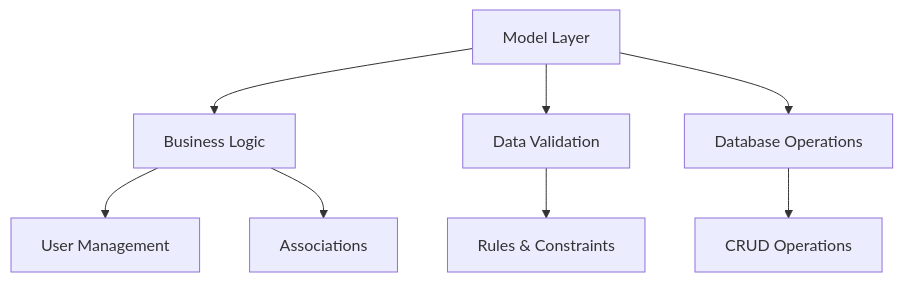
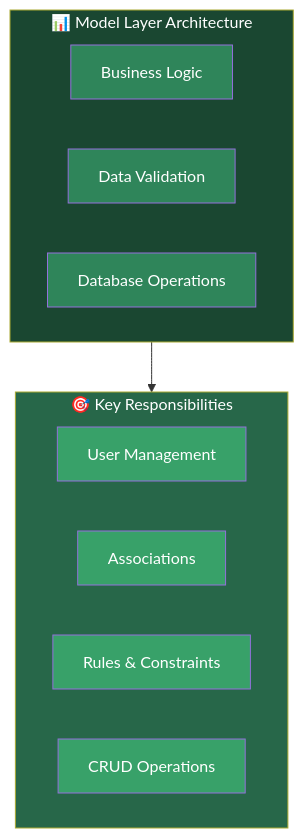
Before and after one commit to abhayraj-ops/Cake-Learn: the second of 6 diagrams in docs/01-cakephp-at-a-glance.md, drawn with Mermaid. The commit also changed other lines of this file, not shown here.

First line of the commit message:
Improve Mermaid diagrams in 01-cakephp-at-a-glance.md with dark styling

````diff
--- a/docs/01-cakephp-at-a-glance.md
+++ b/docs/01-cakephp-at-a-glance.md
@@ -102,10 +114,27 @@
 ```mermaid
 flowchart TD
-    A[Model Layer] --> B[Business Logic]
-    A --> C[Data Validation]
-    A --> D[Database Operations]
-    B --> E[User Management]
-    B --> F[Associations]
-    C --> G[Rules & Constraints]
-    D --> H[CRUD Operations]
+    subgraph ModelLayer["📊 Model Layer Architecture"]
+        A["Business Logic"]
+        B["Data Validation"]
+        C["Database Operations"]
+    end
+
+    subgraph Responsibilities["🎯 Key Responsibilities"]
+        E["User Management"]
+        F["Associations"]
+        G["Rules & Constraints"]
+        H["CRUD Operations"]
+    end
+
+    ModelLayer --> Responsibilities
+
+    style ModelLayer fill:#1a4731,color:#fff
+    style Responsibilities fill:#276749,color:#fff
+    style A fill:#2f855a,color:#fff
+    style B fill:#2f855a,color:#fff
+    style C fill:#2f855a,color:#fff
+    style E fill:#38a169,color:#fff
+    style F fill:#38a169,color:#fff
+    style G fill:#38a169,color:#fff
+    style H fill:#38a169,color:#fff
 ```
````
